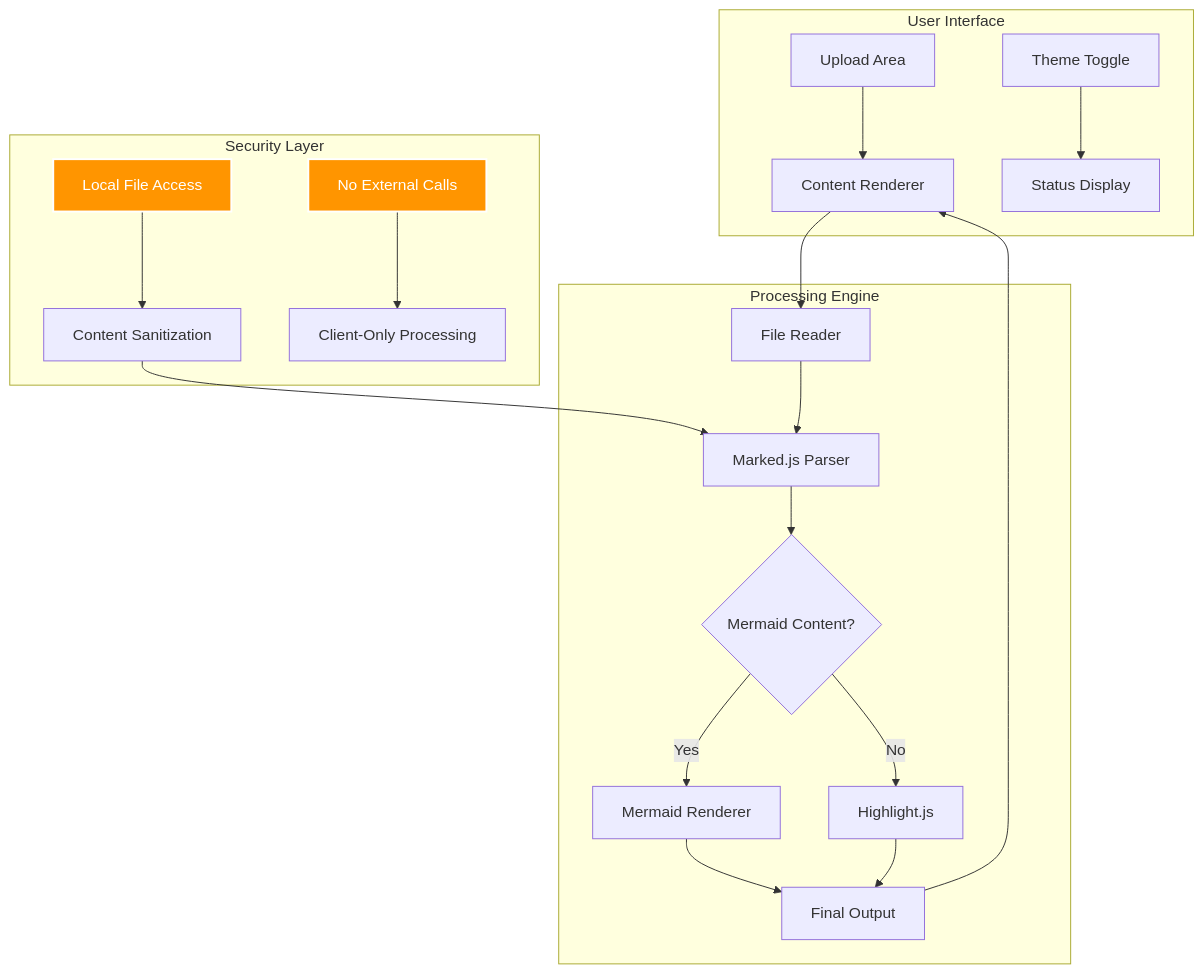
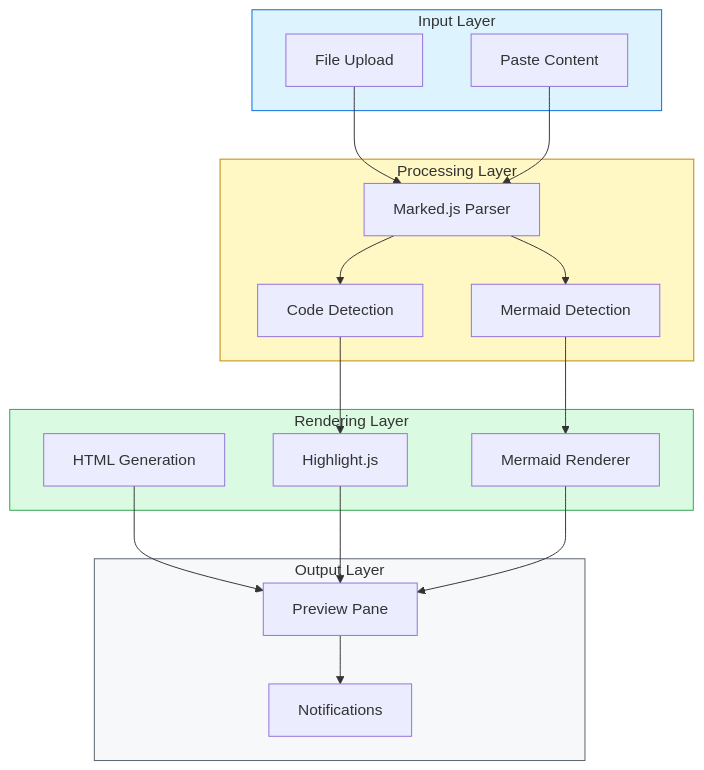
The second of 2 diagrams in README.md (xsukax/xsukax-Markdown-Viewer), drawn with Mermaid before and after one commit. The commit also changed other lines of this file, not shown here.

````diff
--- a/README.md
+++ b/README.md
@@ -118,28 +221,40 @@
 ```mermaid
 flowchart TB
-    subgraph User Interface
-        A[Upload Area] --> B[Content Renderer]
-        C[Theme Toggle] --> D[Status Display]
+    subgraph Input["Input Layer"]
+        A[File Upload]
+        B[Paste Content]
     end
     
-    subgraph Processing Engine
-        E[File Reader] --> F[Marked.js Parser]
-        F --> G{Mermaid Content?}
-        G -->|Yes| H[Mermaid Renderer]
-        G -->|No| I[Highlight.js]
-        H --> J[Final Output]
-        I --> J
+    subgraph Processing["Processing Layer"]
+        C[Marked.js Parser]
+        D[Code Detection]
+        E[Mermaid Detection]
     end
     
-    subgraph Security Layer
-        K[Local File Access] --> L[Content Sanitization]
-        M[No External Calls] --> N[Client-Only Processing]
+    subgraph Rendering["Rendering Layer"]
+        F[HTML Generation]
+        G[Highlight.js]
+        H[Mermaid Renderer]
     end
     
-    B --> E
-    J --> B
-    L --> F
+    subgraph Output["Output Layer"]
+        I[Preview Pane]
+        J[Notifications]
+    end
     
-    style K fill:#ff9500,stroke:#fff,stroke-width:2px,color:#fff
-    style M fill:#ff9500,stroke:#fff,stroke-width:2px,color:#fff
+    A --> C
+    B --> C
+    C --> D
+    C --> E
+    D --> G
+    E --> H
+    F --> I
+    G --> I
+    H --> I
+    I --> J
+    
+    style Input fill:#ddf4ff,stroke:#0969da
+    style Processing fill:#fff8c5,stroke:#bf8700
+    style Rendering fill:#dafbe1,stroke:#2da44e
+    style Output fill:#f6f8fa,stroke:#57606a
 ```
````
